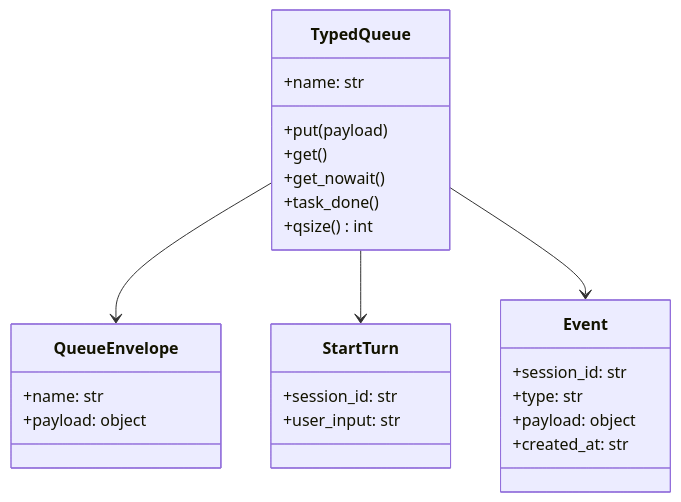
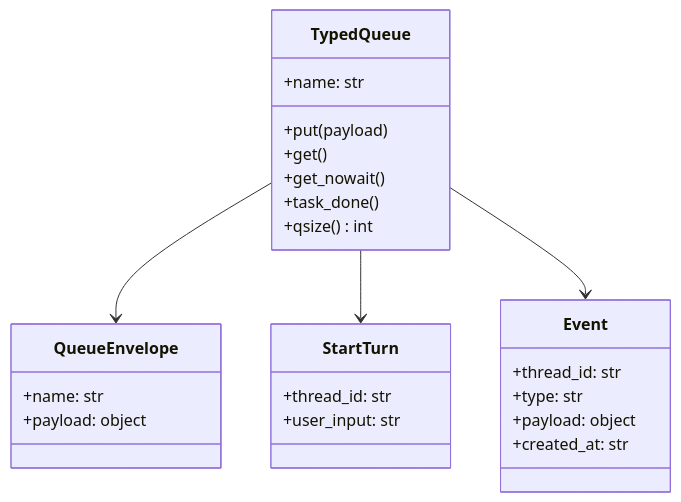
Before and after one commit to yao-creative/anti-tech-debt: the third of 8 diagrams in docs/architecture.md, drawn with Mermaid. The commit also changed other lines of this file and 22 other files, not shown here.

````diff
--- a/docs/architecture.md
+++ b/docs/architecture.md
@@ -102,32 +102,32 @@
 ```mermaid
 classDiagram
     class TypedQueue {
       +name: str
       +put(payload)
       +get()
       +get_nowait()
       +task_done()
       +qsize() int
     }
 
     class QueueEnvelope {
       +name: str
       +payload: object
     }
 
     class StartTurn {
-      +session_id: str
+      +thread_id: str
       +user_input: str
     }
 
     class Event {
-      +session_id: str
+      +thread_id: str
       +type: str
       +payload: object
       +created_at: str
     }
 
     TypedQueue --> QueueEnvelope
     TypedQueue --> StartTurn
     TypedQueue --> Event
 ```
````
